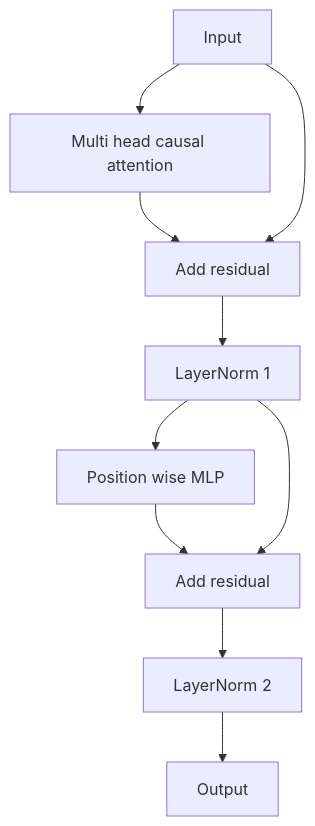
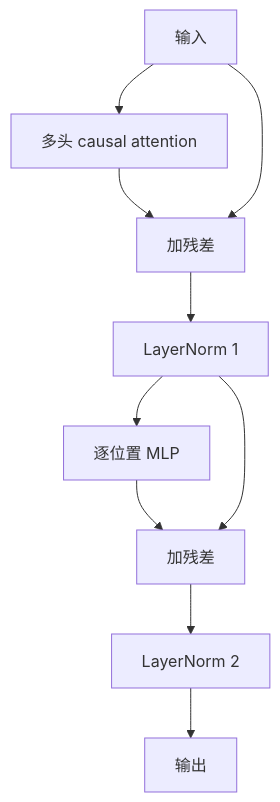
One commit to JerryC8080/ai-engineering-from-scratch-zh changed the second of 2 diagrams in phases/19-capstone-projects/34-transformer-block/docs/zh.md. Above: the diagram before and after it, drawn with Mermaid. The commit also changed other lines of this file and 156 other files, not shown here.

First line of the commit message:
i18n(zh): translate mermaid diagram labels in 157 lesson zh.md

````diff
--- a/phases/19-capstone-projects/34-transformer-block/docs/zh.md
+++ b/phases/19-capstone-projects/34-transformer-block/docs/zh.md
@@ -47,12 +47,12 @@
 ```mermaid
 flowchart TB
-  X[Input] --> MHA[Multi head causal attention]
-  MHA --> R1[Add residual]
+  X[输入] --> MHA[多头 causal attention]
+  MHA --> R1[加残差]
   X --> R1
   R1 --> N1[LayerNorm 1]
-  N1 --> MLP[Position wise MLP]
-  MLP --> R2[Add residual]
+  N1 --> MLP[逐位置 MLP]
+  MLP --> R2[加残差]
   N1 --> R2
   R2 --> N2[LayerNorm 2]
-  N2 --> Y[Output]
+  N2 --> Y[输出]
 ```
````
